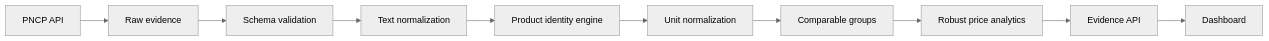
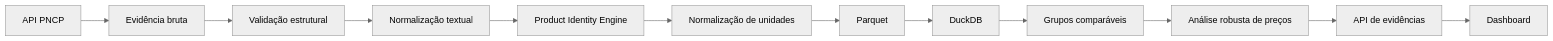
The diagram in README.md (peedrovinicius/atlas-compras-publicas), drawn with Mermaid (neutral theme) before and after one commit. The commit also changed other lines of this file and 6 other files, not shown here.

```diff
--- a/README.md
+++ b/README.md
@@ -45,12 +54,14 @@
 ~~~mermaid
 flowchart LR
-    A[PNCP API] --> B[Raw evidence]
-    B --> C[Schema validation]
-    C --> D[Text normalization]
-    D --> E[Product identity engine]
-    E --> F[Unit normalization]
-    F --> G[Comparable groups]
-    G --> H[Robust price analytics]
-    H --> I[Evidence API]
-    I --> J[Dashboard]
+    A[API PNCP] --> B[Evidência bruta]
+    B --> C[Validação estrutural]
+    C --> D[Normalização textual]
+    D --> E[Product Identity Engine]
+    E --> F[Normalização de unidades]
+    F --> G[Parquet]
+    G --> H[DuckDB]
+    H --> I[Grupos comparáveis]
+    I --> J[Análise robusta de preços]
+    J --> K[API de evidências]
+    K --> L[Dashboard]
 ~~~
```
